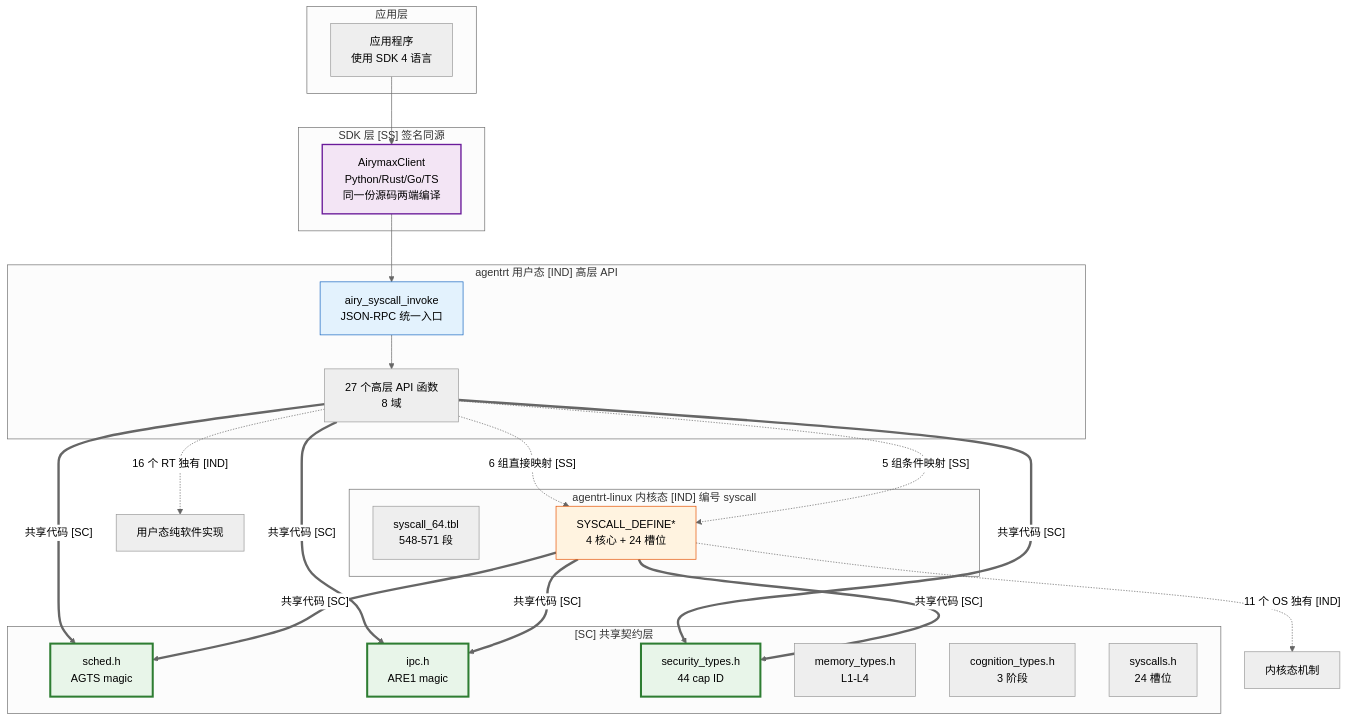
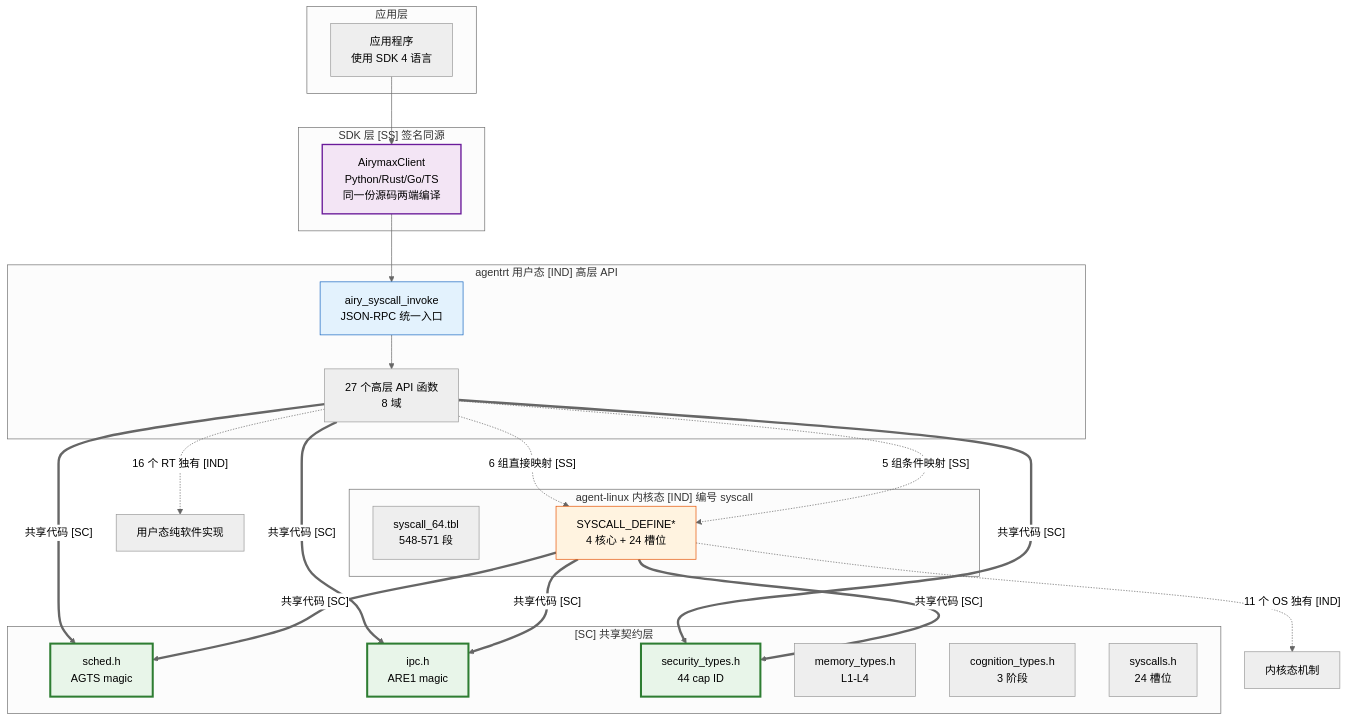
The second of 2 diagrams in 30-interfaces/05-syscall-semantic-mapping.md (openairymax/docs-linux), drawn with Mermaid (neutral theme) before and after one commit. The commit also changed other lines of this file and 172 other files, not shown here.

Commit message:
docs: rename agentrt-linux to agent-linux across docs v0.1.3 双工程结构：agentrt-linux 改名 agent-linux。docs 全仓 186 个 文件中的 agentrt-linux 引用统一为 agent-linux（AirymaxOS 工程名/ URL/路径引用；commit hash 与历史不变）。

````diff
--- a/30-interfaces/05-syscall-semantic-mapping.md
+++ b/30-interfaces/05-syscall-semantic-mapping.md
@@ -373,50 +373,50 @@
 ```mermaid
 graph TB
     subgraph "应用层"
         APP[应用程序<br/>使用 SDK 4 语言]
     end
 
     subgraph "SDK 层 [SS] 签名同源"
         SDK[AirymaxClient<br/>Python/Rust/Go/TS<br/>同一份源码两端编译]
     end
 
     subgraph "agentrt 用户态 [IND] 高层 API"
         RT_INV[airy_syscall_invoke<br/>JSON-RPC 统一入口]
         RT_USR[27 个高层 API 函数<br/>8 域]
     end
 
-    subgraph "agentrt-linux 内核态 [IND] 编号 syscall"
+    subgraph "agent-linux 内核态 [IND] 编号 syscall"
         OS_TBL[syscall_64.tbl<br/>548-571 段]
         OS_DEF[SYSCALL_DEFINE*<br/>4 核心 + 24 槽位]
     end
 
     subgraph "[SC] 共享契约层"
         SC1[sched.h<br/>AGTS magic]
         SC2[ipc.h<br/>ARE1 magic]
         SC3[security_types.h<br/>44 cap ID]
         SC4[memory_types.h<br/>L1-L4]
         SC5[cognition_types.h<br/>3 阶段]
         SC6[syscalls.h<br/>24 槽位]
     end
 
     APP --> SDK
     SDK --> RT_INV
     RT_INV --> RT_USR
     RT_USR -.->|"6 组直接映射 [SS]"| OS_DEF
     RT_USR -.->|"5 组条件映射 [SS]"| OS_DEF
     RT_USR -.->|"16 个 RT 独有 [IND]"| RT_ONLY[用户态纯软件实现]
     OS_DEF -.->|"11 个 OS 独有 [IND]"| OS_ONLY[内核态机制]
     RT_USR ==>|"共享代码 [SC]"| SC1
     RT_USR ==>|"共享代码 [SC]"| SC2
     RT_USR ==>|"共享代码 [SC]"| SC3
     OS_DEF ==>|"共享代码 [SC]"| SC1
     OS_DEF ==>|"共享代码 [SC]"| SC2
     OS_DEF ==>|"共享代码 [SC]"| SC3
 
     style SC1 fill:#e8f5e9,stroke:#2e7d32,stroke-width:3px
     style SC2 fill:#e8f5e9,stroke:#2e7d32,stroke-width:3px
     style SC3 fill:#e8f5e9,stroke:#2e7d32,stroke-width:3px
     style SDK fill:#f3e5f5,stroke:#6a1b9a,stroke-width:2px
     style RT_INV fill:#e3f2fd,stroke:#1565c0
     style OS_DEF fill:#fff3e0,stroke:#e65100
 ```
````
